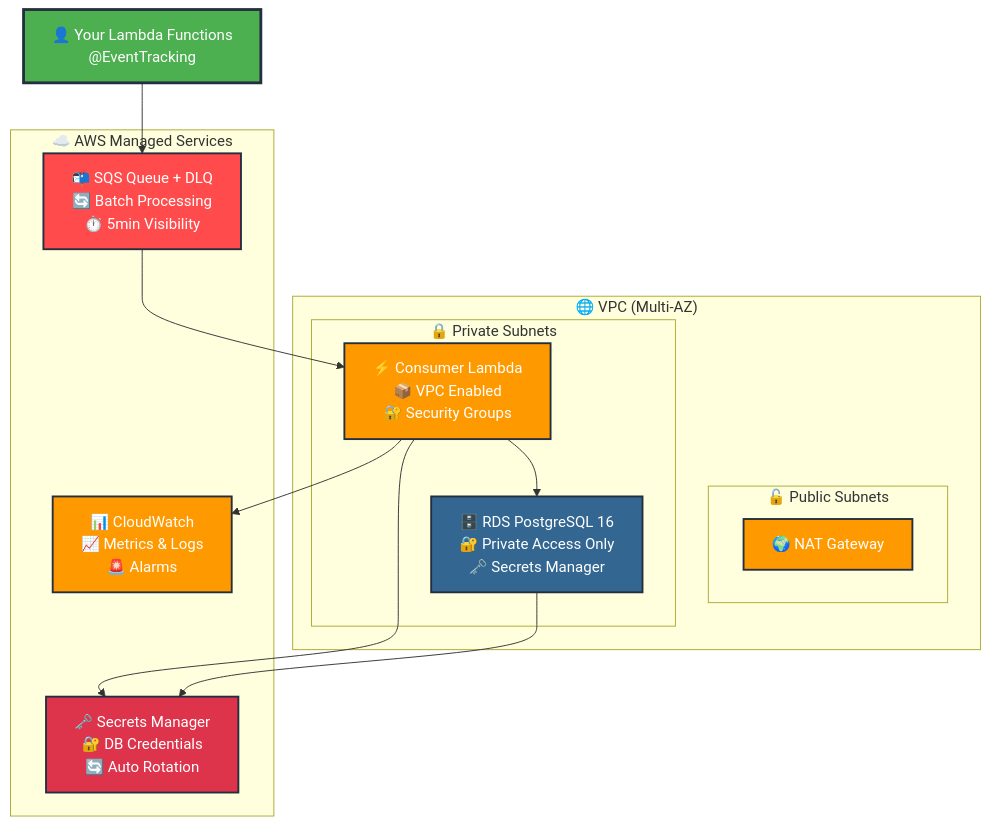
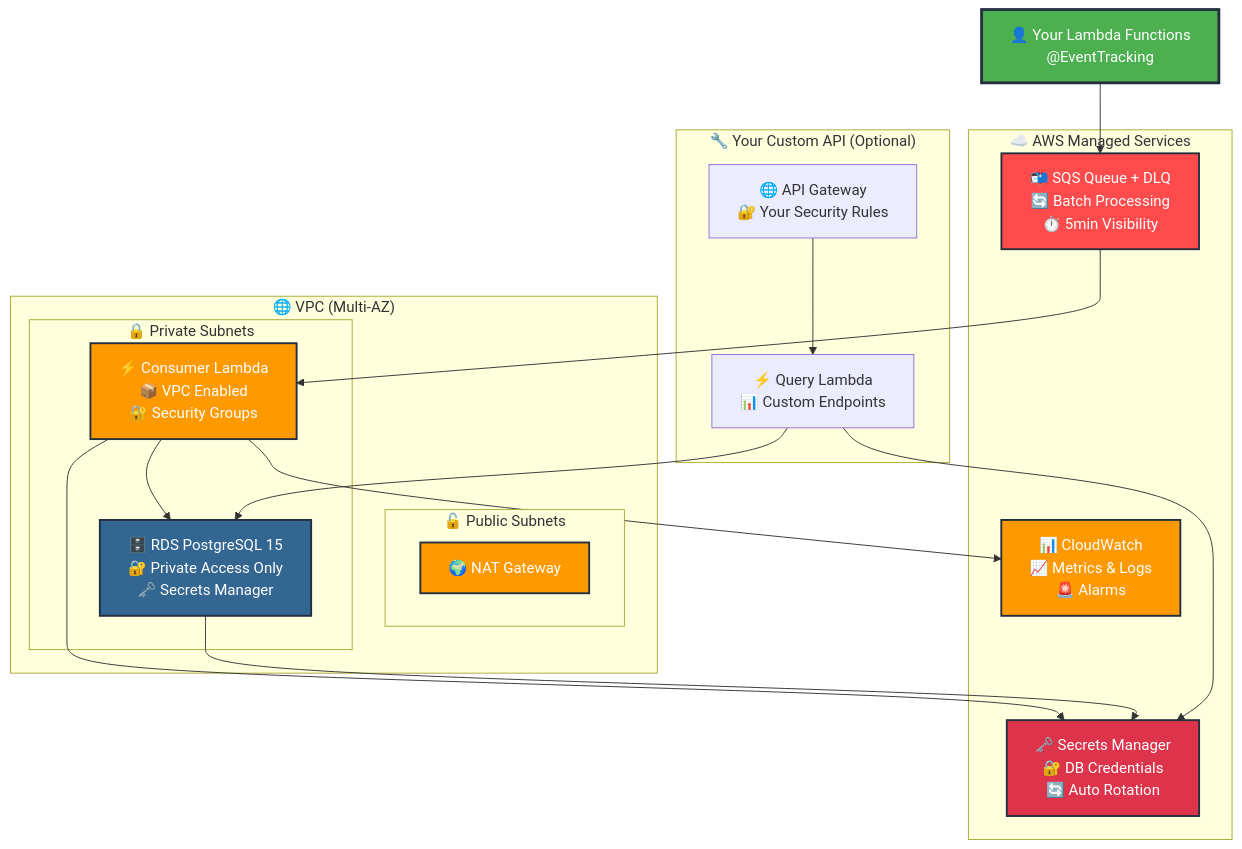
Before and after one commit to ToldYaOnce/kx-event-tracking: the second of 4 diagrams in README.md, drawn with Mermaid. The commit also changed other lines of this file and 5 other files, not shown here.

````diff
--- a/README.md
+++ b/README.md
@@ -31,34 +31,43 @@
 ```mermaid
 graph TB
     subgraph "🌐 VPC (Multi-AZ)"
         subgraph "🔓 Public Subnets"
             NAT["🌍 NAT Gateway"]
         end
         
         subgraph "🔒 Private Subnets"
             LAMBDA["⚡ Consumer Lambda<br/>📦 VPC Enabled<br/>🔐 Security Groups"]
-            RDS["🗄️ RDS PostgreSQL 16<br/>🔐 Private Access Only<br/>🗝️ Secrets Manager"]
+            RDS["🗄️ RDS PostgreSQL 15<br/>🔐 Private Access Only<br/>🗝️ Secrets Manager"]
         end
     end
     
     subgraph "☁️ AWS Managed Services"
         SQS["📬 SQS Queue + DLQ<br/>🔄 Batch Processing<br/>⏱️ 5min Visibility"]
         SECRETS["🗝️ Secrets Manager<br/>🔐 DB Credentials<br/>🔄 Auto Rotation"]
         CW["📊 CloudWatch<br/>📈 Metrics & Logs<br/>🚨 Alarms"]
     end
     
+    subgraph "🔧 Your Custom API (Optional)"
+        API["🌐 API Gateway<br/>🔐 Your Security Rules"]
+        QUERY["⚡ Query Lambda<br/>📊 Custom Endpoints"]
+    end
+    
     USER["👤 Your Lambda Functions<br/>@EventTracking"] --> SQS
     SQS --> LAMBDA
     LAMBDA --> RDS
     LAMBDA --> SECRETS
     LAMBDA --> CW
     RDS --> SECRETS
+    
+    API --> QUERY
+    QUERY --> RDS
+    QUERY --> SECRETS
     
     style USER fill:#4CAF50,stroke:#232f3e,stroke-width:3px,color:#fff
     style SQS fill:#ff4b4b,stroke:#232f3e,stroke-width:2px,color:#fff
     style LAMBDA fill:#ff9900,stroke:#232f3e,stroke-width:2px,color:#fff
     style RDS fill:#336791,stroke:#232f3e,stroke-width:2px,color:#fff
     style SECRETS fill:#dd344c,stroke:#232f3e,stroke-width:2px,color:#fff
     style CW fill:#ff9900,stroke:#232f3e,stroke-width:2px,color:#fff
     style NAT fill:#ff9900,stroke:#232f3e,stroke-width:2px,color:#fff
 ```
````
